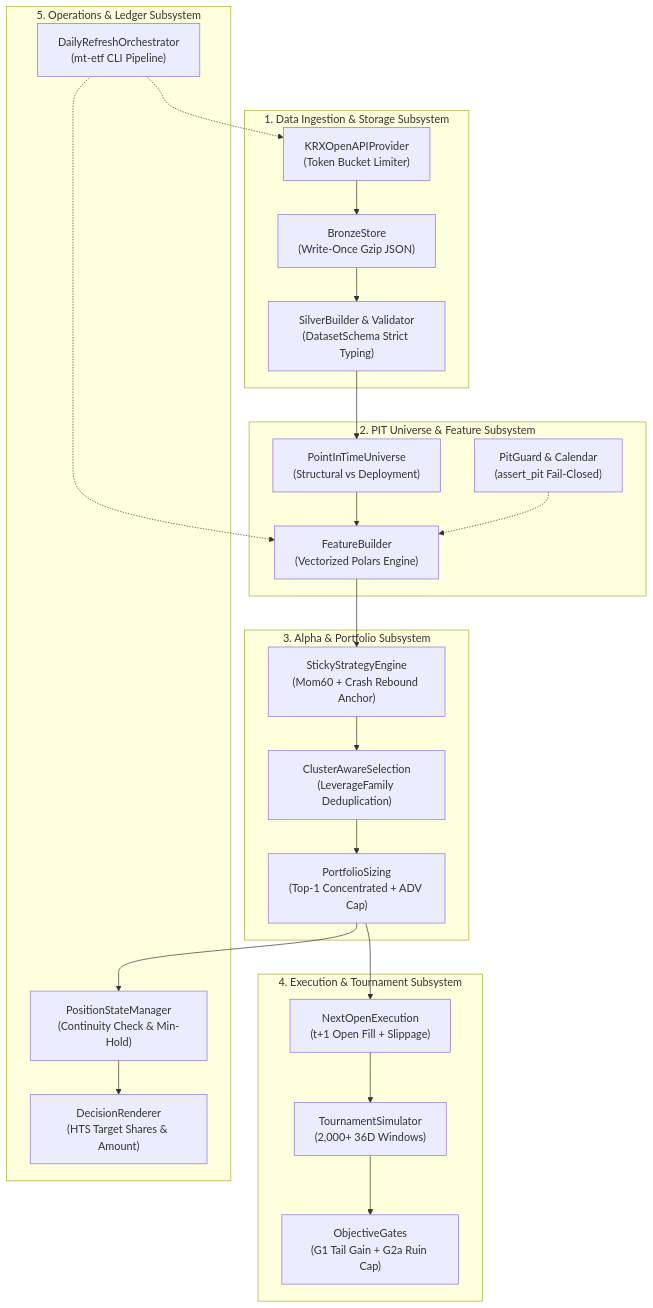
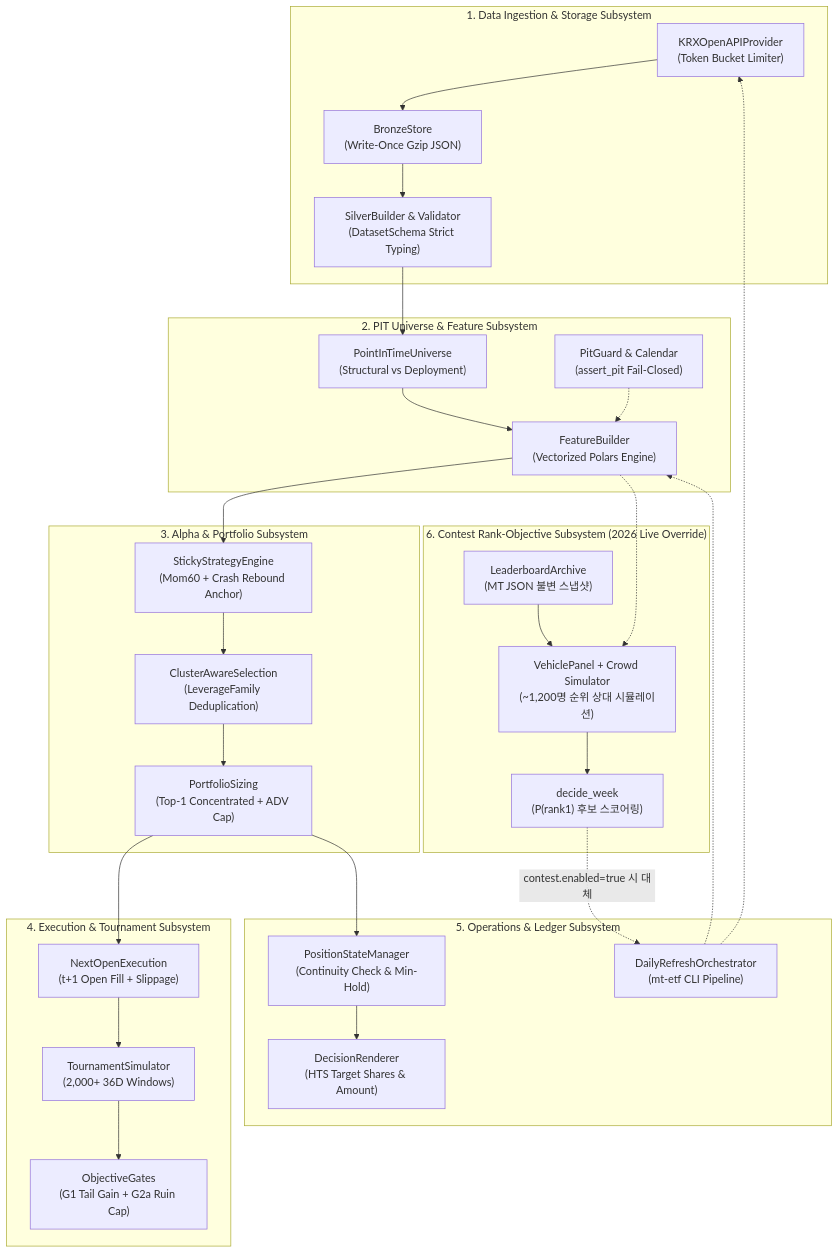
The diagram in docs/architecture/components.md (KTHYEONG/mt-etf-king-2026), drawn with Mermaid before and after one commit. The commit also changed other lines of this file and 5 other files, not shown here.

````diff
--- a/docs/architecture/components.md
+++ b/docs/architecture/components.md
@@ -9,43 +9,53 @@
 ```mermaid
 flowchart TD
     subgraph SS1 ["1. Data Ingestion & Storage Subsystem"]
         Provider["KRXOpenAPIProvider\n(Token Bucket Limiter)"] --> Bronze["BronzeStore\n(Write-Once Gzip JSON)"]
         Bronze --> Silver["SilverBuilder & Validator\n(DatasetSchema Strict Typing)"]
     end
 
     subgraph SS2 ["2. PIT Universe & Feature Subsystem"]
         Universe["PointInTimeUniverse\n(Structural vs Deployment)"]
         PITGuard["PitGuard & Calendar\n(assert_pit Fail-Closed)"]
         Features["FeatureBuilder\n(Vectorized Polars Engine)"]
 
         Silver --> Universe --> Features
         PITGuard -.-> Features
     end
 
     subgraph SS3 ["3. Alpha & Portfolio Subsystem"]
         Alpha["StickyStrategyEngine\n(Mom60 + Crash Rebound Anchor)"]
         Selection["ClusterAwareSelection\n(LeverageFamily Deduplication)"]
         Sizing["PortfolioSizing\n(Top-1 Concentrated + ADV Cap)"]
 
         Features --> Alpha --> Selection --> Sizing
     end
 
     subgraph SS4 ["4. Execution & Tournament Subsystem"]
         Execution["NextOpenExecution\n(t+1 Open Fill + Slippage)"]
         Simulator["TournamentSimulator\n(2,000+ 36D Windows)"]
         Gates["ObjectiveGates\n(G1 Tail Gain + G2a Ruin Cap)"]
 
         Sizing --> Execution --> Simulator --> Gates
     end
 
     subgraph SS5 ["5. Operations & Ledger Subsystem"]
         StateManager["PositionStateManager\n(Continuity Check & Min-Hold)"]
         Orchestrator["DailyRefreshOrchestrator\n(mt-etf CLI Pipeline)"]
         Dashboard["DecisionRenderer\n(HTS Target Shares & Amount)"]
 
         Sizing --> StateManager
         Orchestrator -.-> Provider
         Orchestrator -.-> Features
         StateManager --> Dashboard
     end
+
+    subgraph SS6 ["6. Contest Rank-Objective Subsystem (2026 Live Override)"]
+        Archive["LeaderboardArchive\n(MT JSON 불변 스냅샷)"]
+        Sim["VehiclePanel + Crowd Simulator\n(~1,200명 순위 상대 시뮬레이션)"]
+        WeeklyDecision["decide_week\n(P(rank1) 후보 스코어링)"]
+
+        Archive --> Sim --> WeeklyDecision
+        Features -.-> Sim
+        WeeklyDecision -.->|"contest.enabled=true 시 대체"| Orchestrator
+    end
 ```
````
